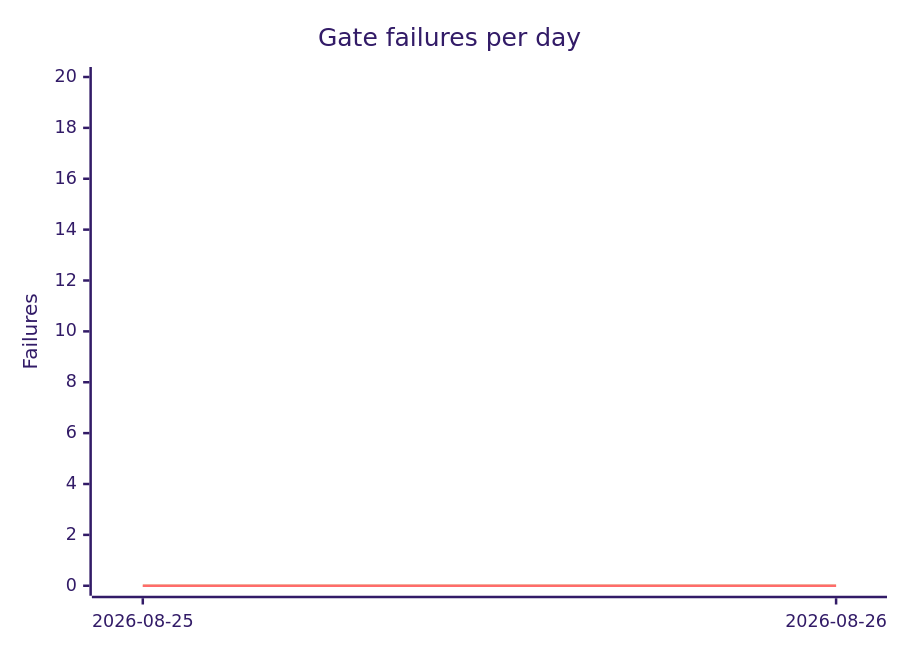
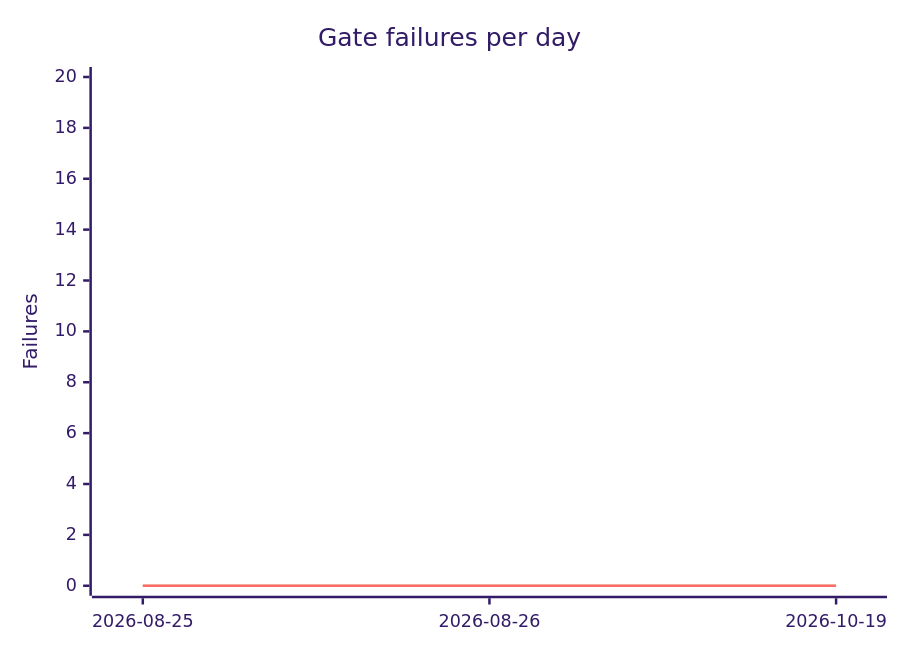
The diagram in docs/generated/gate-trend.md (Mohammed-Alama/php-arazzo), drawn with Mermaid (forest theme) before and after one commit. The commit also changed other lines of this file and 17 other files, not shown here.

````diff
--- a/docs/generated/gate-trend.md
+++ b/docs/generated/gate-trend.md
@@ -13,8 +13,8 @@
 ```mermaid
 xychart-beta
     title "Gate failures per day"
-    x-axis ["2026-08-25", "2026-08-26"]
+    x-axis ["2026-08-25", "2026-08-26", "2026-10-19"]
     y-axis "Failures" 0 --> 20
-    line "PHPStan errors" [0, 0]
-    line "Test failures" [0, 0]
+    line "PHPStan errors" [0, 0, 0]
+    line "Test failures" [0, 0, 0]
 ```
````
